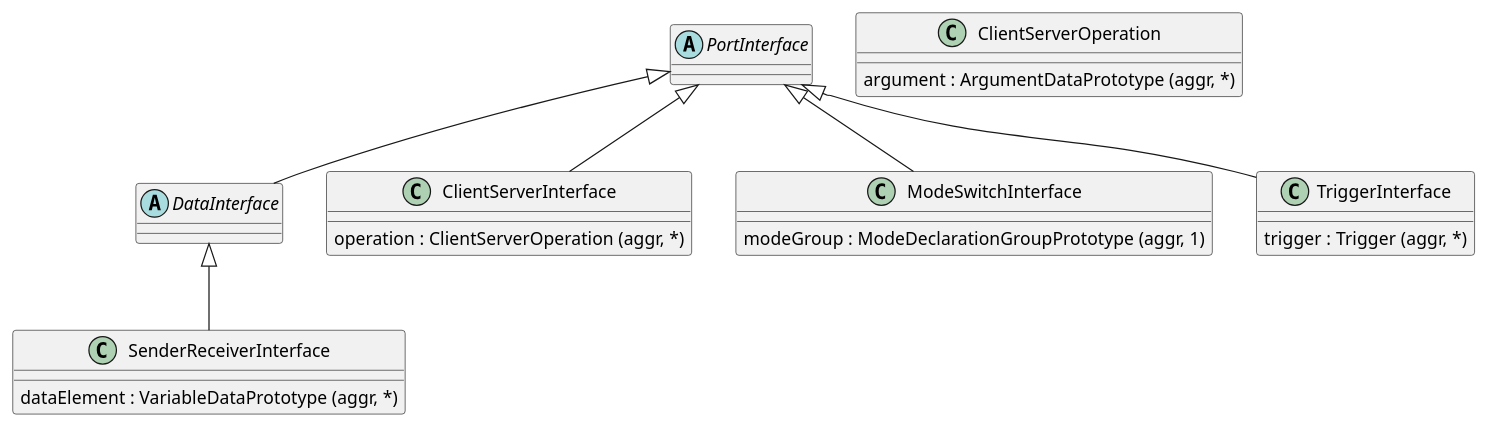
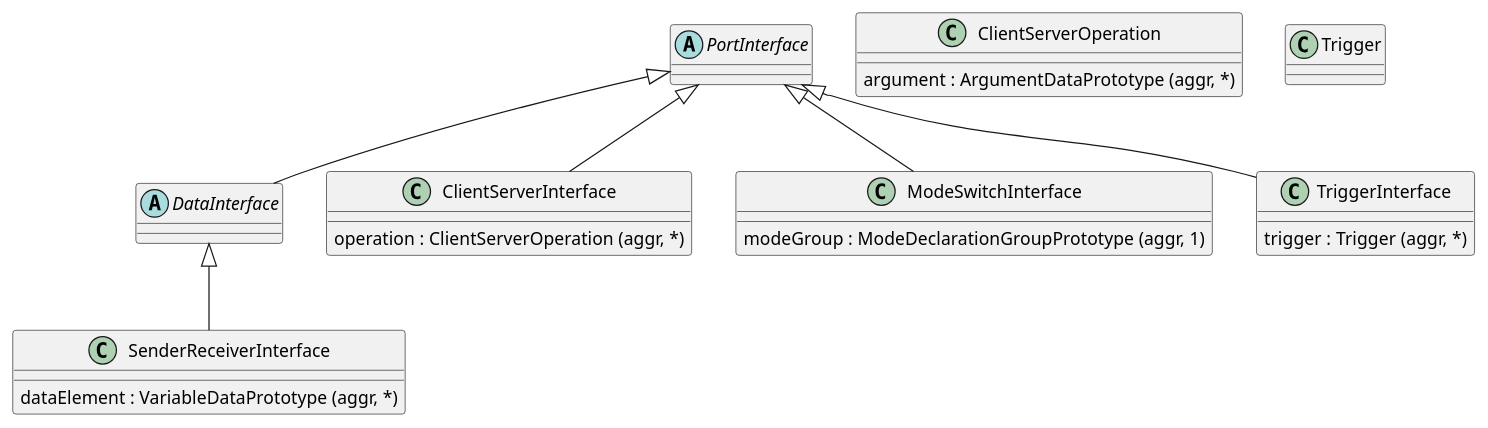
Before and after one commit to hazemanwer2000/knowledge-base: the third of 7 diagrams in vault-base/Topics/Technical-Topics/OS/AUTOSAR/General/AUTOSAR-SW-Components.md, drawn with PlantUML. The commit also changed other lines of this file, not shown here.

````diff
--- a/vault-base/Topics/Technical-Topics/OS/AUTOSAR/General/AUTOSAR-SW-Components.md
+++ b/vault-base/Topics/Technical-Topics/OS/AUTOSAR/General/AUTOSAR-SW-Components.md
@@ -60,24 +60,25 @@
 ```plantuml
 abstract PortInterface
 abstract DataInterface
 class SenderReceiverInterface {
 	dataElement : VariableDataPrototype (aggr, *)
 }
 class ClientServerInterface {
 	operation : ClientServerOperation (aggr, *)
 }
 class ClientServerOperation {
 	argument : ArgumentDataPrototype (aggr, *)
 }
 class ModeSwitchInterface {
 	modeGroup : ModeDeclarationGroupPrototype (aggr, 1)
 }
 class TriggerInterface {
 	trigger : Trigger (aggr, *)
 }
+class Trigger
 PortInterface <|-- ClientServerInterface
 PortInterface <|-- ModeSwitchInterface
 PortInterface <|-- TriggerInterface
 PortInterface <|-- DataInterface
 DataInterface <|-- SenderReceiverInterface
 ```
````
